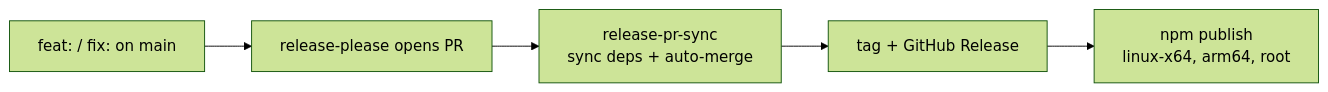
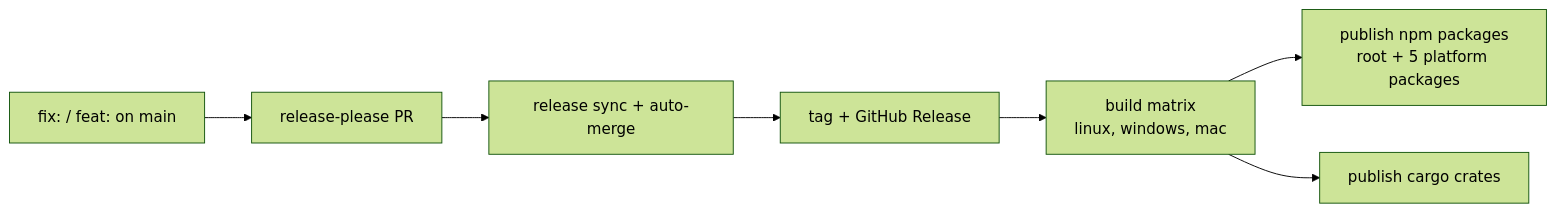
The second of 2 diagrams in README.md (special-place-ai-heaven/terminal-commander), drawn with Mermaid (forest theme) before and after one commit. The commit also changed other lines of this file and 17 other files, not shown here.

````diff
--- a/README.md
+++ b/README.md
@@ -286,7 +279,9 @@
 ```mermaid
 flowchart LR
-  A["feat: / fix: on main"] --> B["release-please opens PR"]
-  B --> C["release-pr-sync\nsync deps + auto-merge"]
-  C --> D["tag + GitHub Release"]
-  D --> E["npm publish\nlinux-x64, arm64, root"]
+  Commit["fix: / feat: on main"] --> RP["release-please PR"]
+  RP --> Sync["release sync + auto-merge"]
+  Sync --> Tag["tag + GitHub Release"]
+  Tag --> Build["build matrix\nlinux, windows, mac"]
+  Build --> Publish["publish npm packages\nroot + 5 platform packages"]
+  Build --> Cargo["publish cargo crates"]
 ```
````
